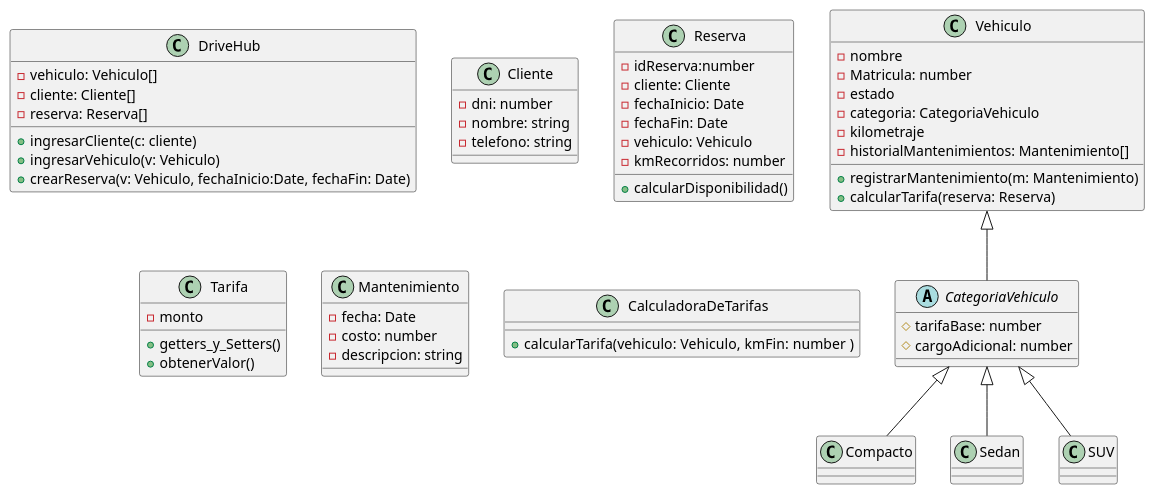
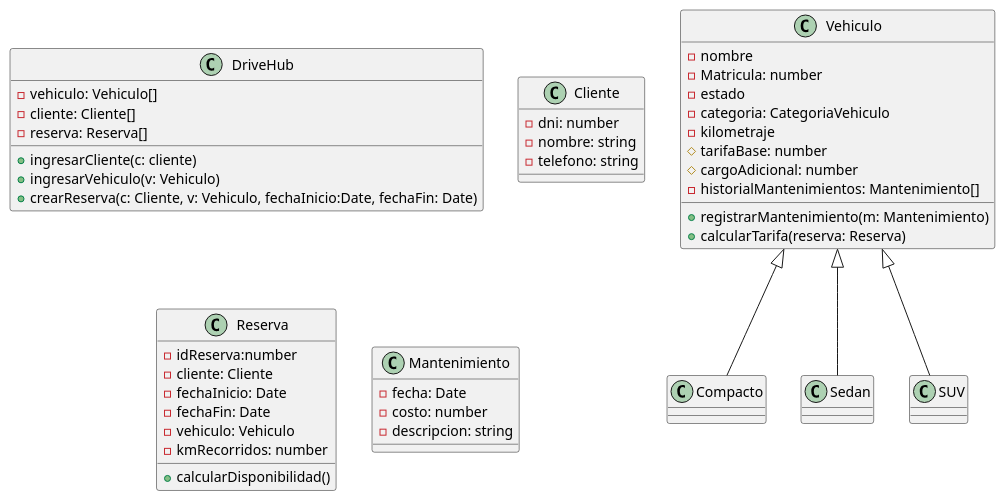
One commit to diegolacosta02/TP-Programacion-II changed the diagram in diagramas/diagrama.puml. Above: the diagram before and after it, drawn with PlantUML. The commit also changed 11 other files, not shown here.

Commit message:
Se crean las clases con sus atributos y los primeros metodos necesarios, junto a 2 tests que comprueban su funcionalidad

```diff
--- a/diagramas/diagrama.puml
+++ b/diagramas/diagrama.puml
@@ -1,69 +1,54 @@
 @startuml Trabajo Practico Alquiler de Autos
 
     class DriveHub{
         - vehiculo: Vehiculo[]
         - cliente: Cliente[]
         - reserva: Reserva[]
 
         + ingresarCliente(c: cliente)
         + ingresarVehiculo(v: Vehiculo)
-        + crearReserva(v: Vehiculo, fechaInicio:Date, fechaFin: Date)
+        + crearReserva(c: Cliente, v: Vehiculo, fechaInicio:Date, fechaFin: Date)
     }
 
     class Vehiculo{
         - nombre
         - Matricula: number
         - estado
         - categoria: CategoriaVehiculo
         - kilometraje
+        # tarifaBase: number
+        # cargoAdicional: number
         - historialMantenimientos: Mantenimiento[]
 
         + registrarMantenimiento(m: Mantenimiento)
         + calcularTarifa(reserva: Reserva)
     }
 
-    abstract class CategoriaVehiculo extends Vehiculo{
-        # tarifaBase: number
-        # cargoAdicional: number
-    }
-    'Se utiliza la categoriaVehiculo para permitir la insercion de mas clases en el futuro
-    'Logrando que al utilizar el metodo de calculadora, no tener que reescribir la calculadora
-    'Para cada categoria que se añada, solo le importará la tarifa base y el cargo adicional'
-    class Compacto extends CategoriaVehiculo{}
-    class Sedan extends CategoriaVehiculo{}
-    class SUV extends CategoriaVehiculo{}
+    class Compacto extends Vehiculo{}
+    class Sedan extends Vehiculo{}
+    class SUV extends Vehiculo{}
 
     class Cliente{
         - dni: number
         - nombre: string
         - telefono: string
     }
 
     class Reserva{
         - idReserva:number
         - cliente: Cliente
         - fechaInicio: Date
         - fechaFin: Date
         - vehiculo: Vehiculo
         - kmRecorridos: number
         
         + calcularDisponibilidad()
     }
 
-    class Tarifa{
-        - monto
-        + getters_y_Setters()
-        + obtenerValor()
-    }
-
     class Mantenimiento{
         - fecha: Date
         - costo: number
         - descripcion: string
     }
-    
-    class CalculadoraDeTarifas{   
-        + calcularTarifa(vehiculo: Vehiculo, kmFin: number  )
-    }
 
 @enduml
```
